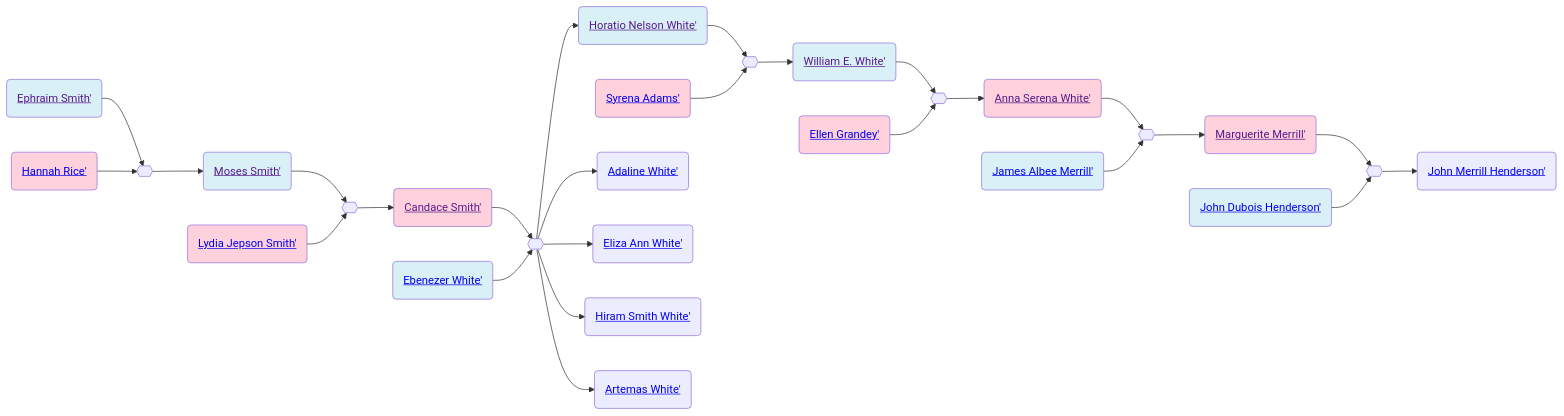
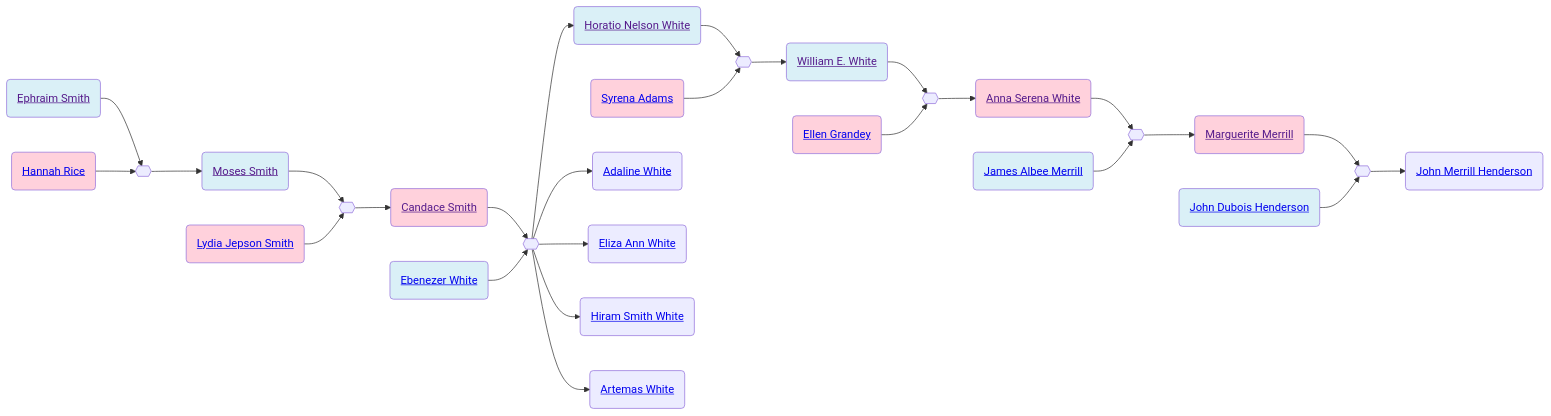
One commit to neelsmith/avocational changed the diagram in familyhistory/sources/people/Merrill-line/White-line/Candace-Smith-line/Ephraim_Smith.qmd. Above: the diagram before and after it, drawn with Mermaid. The commit also changed 96 other files, not shown here.

````diff
--- a/familyhistory/sources/people/Merrill-line/White-line/Candace-Smith-line/Ephraim_Smith.qmd
+++ b/familyhistory/sources/people/Merrill-line/White-line/Candace-Smith-line/Ephraim_Smith.qmd
@@ -26,62 +26,62 @@
 ```{mermaid}
 graph LR
 %% LR descendant diagram
 class Ephraim_Smith_and_Hannah_Rice marriage
-Ephraim_Smith(<a href=''>Ephraim Smith'</>) --> Ephraim_Smith_and_Hannah_Rice{{ }}
-Hannah_Rice(<a href='./Hannah_Rice.html'>Hannah Rice'</>) --> Ephraim_Smith_and_Hannah_Rice{{ }}
+Ephraim_Smith(<a href=''>Ephraim Smith</a>) --> Ephraim_Smith_and_Hannah_Rice{{ }}
+Hannah_Rice(<a href='./Hannah_Rice.html'>Hannah Rice</a>) --> Ephraim_Smith_and_Hannah_Rice{{ }}
 class Ephraim_Smith father
 class Hannah_Rice mother
-Ephraim_Smith_and_Hannah_Rice{{ }} --> Moses_Smith(<a href='./../../../Moses_Smith_connections/Moses_Smith.html'>Moses Smith'</>)
+Ephraim_Smith_and_Hannah_Rice{{ }} --> Moses_Smith(<a href='./../../../Moses_Smith_connections/Moses_Smith.html'>Moses Smith</a>)
 class Moses_Smith_and_Lydia_Jepson_Smith marriage
-Moses_Smith(<a href=''>Moses Smith'</>) --> Moses_Smith_and_Lydia_Jepson_Smith{{ }}
-Lydia_Jepson_Smith(<a href='./../Merrill-line/White-line/Candace-Smith-line/Lydia_Jepson_Smith.html'>Lydia Jepson Smith'</>) --> Moses_Smith_and_Lydia_Jepson_Smith{{ }}
+Moses_Smith(<a href=''>Moses Smith</a>) --> Moses_Smith_and_Lydia_Jepson_Smith{{ }}
+Lydia_Jepson_Smith(<a href='./../Merrill-line/White-line/Candace-Smith-line/Lydia_Jepson_Smith.html'>Lydia Jepson Smith</a>) --> Moses_Smith_and_Lydia_Jepson_Smith{{ }}
 class Moses_Smith father
 class Lydia_Jepson_Smith mother
-Moses_Smith_and_Lydia_Jepson_Smith{{ }} --> Candace_Smith(<a href='./../Merrill-line/White-line/Candace-Smith-line/Candace_Smith.html'>Candace Smith'</>)
+Moses_Smith_and_Lydia_Jepson_Smith{{ }} --> Candace_Smith(<a href='./../Merrill-line/White-line/Candace-Smith-line/Candace_Smith.html'>Candace Smith</a>)
 class Candace_Smith_and_Ebenezer_White marriage
-Candace_Smith(<a href=''>Candace Smith'</>) --> Candace_Smith_and_Ebenezer_White{{ }}
-Ebenezer_White(<a href='./../Ebenezer_White.html'>Ebenezer White'</>) --> Candace_Smith_and_Ebenezer_White{{ }}
+Candace_Smith(<a href=''>Candace Smith</a>) --> Candace_Smith_and_Ebenezer_White{{ }}
+Ebenezer_White(<a href='./../Ebenezer_White.html'>Ebenezer White</a>) --> Candace_Smith_and_Ebenezer_White{{ }}
 class Ebenezer_White father
 class Candace_Smith mother
-Candace_Smith_and_Ebenezer_White{{ }} --> Horatio_Nelson_White(<a href='./../Horatio_Nelson_White.html'>Horatio Nelson White'</>)
+Candace_Smith_and_Ebenezer_White{{ }} --> Horatio_Nelson_White(<a href='./../Horatio_Nelson_White.html'>Horatio Nelson White</a>)
 class Horatio_Nelson_White_and_Syrena_Adams marriage
-Horatio_Nelson_White(<a href=''>Horatio Nelson White'</>) --> Horatio_Nelson_White_and_Syrena_Adams{{ }}
-Syrena_Adams(<a href='./Syrena_Adams.html'>Syrena Adams'</>) --> Horatio_Nelson_White_and_Syrena_Adams{{ }}
+Horatio_Nelson_White(<a href=''>Horatio Nelson White</a>) --> Horatio_Nelson_White_and_Syrena_Adams{{ }}
+Syrena_Adams(<a href='./Syrena_Adams.html'>Syrena Adams</a>) --> Horatio_Nelson_White_and_Syrena_Adams{{ }}
 class Horatio_Nelson_White father
 class Syrena_Adams mother
-Horatio_Nelson_White_and_Syrena_Adams{{ }} --> William_E._White(<a href='./William_E._White.html'>William E. White'</>)
+Horatio_Nelson_White_and_Syrena_Adams{{ }} --> William_E._White(<a href='./William_E._White.html'>William E. White</a>)
 class William_E._White_and_Ellen_Grandey marriage
-William_E._White(<a href=''>William E. White'</>) --> William_E._White_and_Ellen_Grandey{{ }}
-Ellen_Grandey(<a href='./../Grandey-line/Ellen_Grandey.html'>Ellen Grandey'</>) --> William_E._White_and_Ellen_Grandey{{ }}
+William_E._White(<a href=''>William E. White</a>) --> William_E._White_and_Ellen_Grandey{{ }}
+Ellen_Grandey(<a href='./../Grandey-line/Ellen_Grandey.html'>Ellen Grandey</a>) --> William_E._White_and_Ellen_Grandey{{ }}
 class William_E._White father
 class Ellen_Grandey mother
-William_E._White_and_Ellen_Grandey{{ }} --> Anna_Serena_White(<a href='./Anna_Serena_White.html'>Anna Serena White'</>)
+William_E._White_and_Ellen_Grandey{{ }} --> Anna_Serena_White(<a href='./Anna_Serena_White.html'>Anna Serena White</a>)
 class Anna_Serena_White_and_James_Albee_Merrill marriage
-Anna_Serena_White(<a href=''>Anna Serena White'</>) --> Anna_Serena_White_and_James_Albee_Merrill{{ }}
-James_Albee_Merrill(<a href='./../James_Albee_Merrill.html'>James Albee Merrill'</>) --> Anna_Serena_White_and_James_Albee_Merrill{{ }}
+Anna_Serena_White(<a href=''>Anna Serena White</a>) --> Anna_Serena_White_and_James_Albee_Merrill{{ }}
+James_Albee_Merrill(<a href='./../James_Albee_Merrill.html'>James Albee Merrill</a>) --> Anna_Serena_White_and_James_Albee_Merrill{{ }}
 class James_Albee_Merrill father
 class Anna_Serena_White mother
-Anna_Serena_White_and_James_Albee_Merrill{{ }} --> Marguerite_Merrill(<a href='./../Marguerite_Merrill.html'>Marguerite Merrill'</>)
+Anna_Serena_White_and_James_Albee_Merrill{{ }} --> Marguerite_Merrill(<a href='./../Marguerite_Merrill.html'>Marguerite Merrill</a>)
 class Marguerite_Merrill_and_John_Dubois_Henderson marriage
-Marguerite_Merrill(<a href=''>Marguerite Merrill'</>) --> Marguerite_Merrill_and_John_Dubois_Henderson{{ }}
-John_Dubois_Henderson(<a href='./../Henderson-line/John_Dubois_Henderson.html'>John Dubois Henderson'</>) --> Marguerite_Merrill_and_John_Dubois_Henderson{{ }}
+Marguerite_Merrill(<a href=''>Marguerite Merrill</a>) --> Marguerite_Merrill_and_John_Dubois_Henderson{{ }}
+John_Dubois_Henderson(<a href='./../Henderson-line/John_Dubois_Henderson.html'>John Dubois Henderson</a>) --> Marguerite_Merrill_and_John_Dubois_Henderson{{ }}
 class John_Dubois_Henderson father
 class Marguerite_Merrill mother
-Marguerite_Merrill_and_John_Dubois_Henderson{{ }} --> John_Merrill_Henderson(<a href='./../Henderson-line/John_Merrill_Henderson.html'>John Merrill Henderson'</>)
+Marguerite_Merrill_and_John_Dubois_Henderson{{ }} --> John_Merrill_Henderson(<a href='./../Henderson-line/John_Merrill_Henderson.html'>John Merrill Henderson</a>)
 class Ebenezer_White father
 class Candace_Smith mother
-Candace_Smith_and_Ebenezer_White{{ }} --> Adaline_White(<a href='./../Adaline_White.html'>Adaline White'</>)
+Candace_Smith_and_Ebenezer_White{{ }} --> Adaline_White(<a href='./../Adaline_White.html'>Adaline White</a>)
 class Ebenezer_White father
 class Candace_Smith mother
-Candace_Smith_and_Ebenezer_White{{ }} --> Eliza_Ann_White(<a href='./../Eliza_Ann_White.html'>Eliza Ann White'</>)
+Candace_Smith_and_Ebenezer_White{{ }} --> Eliza_Ann_White(<a href='./../Eliza_Ann_White.html'>Eliza Ann White</a>)
 class Ebenezer_White father
 class Candace_Smith mother
-Candace_Smith_and_Ebenezer_White{{ }} --> Hiram_Smith_White(<a href='./../Hiram_Smith_White.html'>Hiram Smith White'</>)
+Candace_Smith_and_Ebenezer_White{{ }} --> Hiram_Smith_White(<a href='./../Hiram_Smith_White.html'>Hiram Smith White</a>)
 class Ebenezer_White father
 class Candace_Smith mother
-Candace_Smith_and_Ebenezer_White{{ }} --> Artemas_White(<a href='./../Artemas_White.html'>Artemas White'</>)
+Candace_Smith_and_Ebenezer_White{{ }} --> Artemas_White(<a href='./../Artemas_White.html'>Artemas White</a>)
 classDef mother fill:#ffd1dc
 classDef father fill:#daf0f7  
 classDef marriage fill:#ffffff
 
 ```
````
